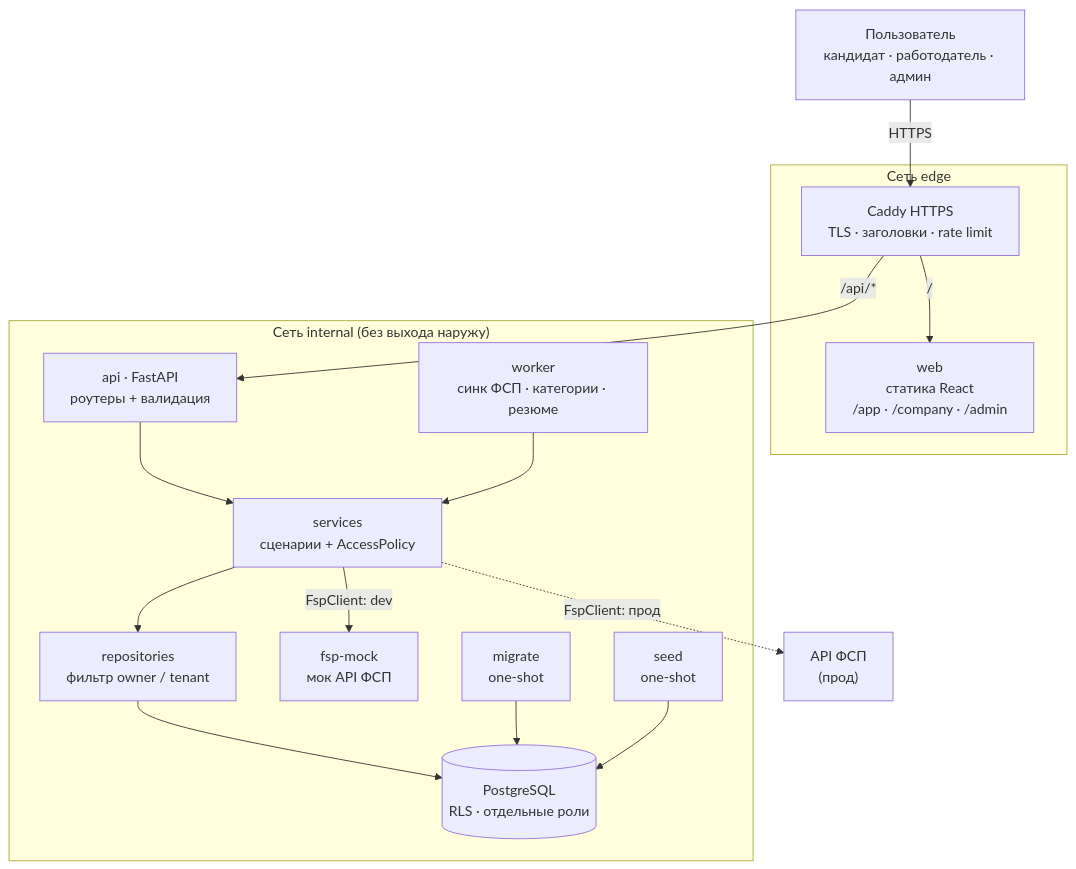
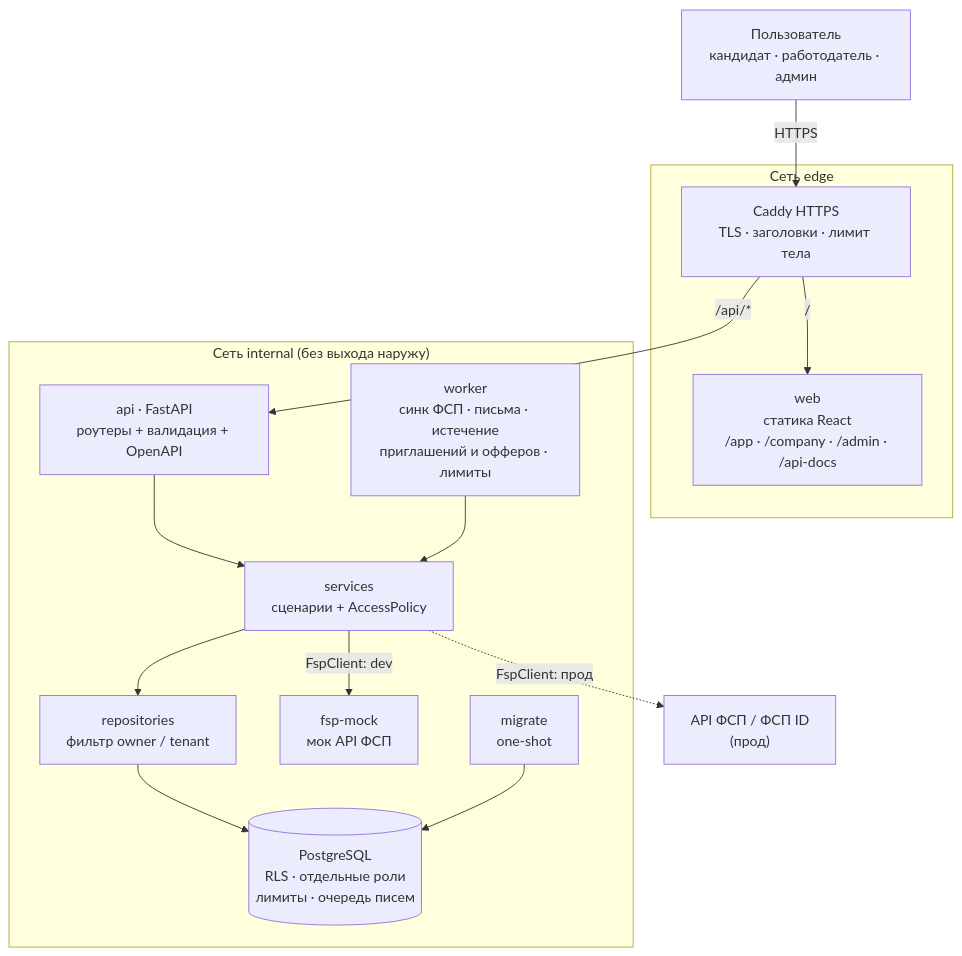
The second of 2 diagrams in docs/architecture.md (LaimOr127/Digital-platform-aggregator-of-IT-vacancies-FSP-), drawn with Mermaid before and after one commit. The commit also changed other lines of this file and 470 other files, not shown here.

````diff
--- a/docs/architecture.md
+++ b/docs/architecture.md
@@ -3,33 +45,31 @@
 ```mermaid
 flowchart TB
   user["Пользователь<br/>кандидат · работодатель · админ"]
-  fspReal["API ФСП<br/>(прод)"]
+  fspReal["API ФСП / ФСП ID<br/>(прод)"]
 
   subgraph edge["Сеть edge"]
-    caddy["Caddy HTTPS<br/>TLS · заголовки · rate limit"]
-    web["web<br/>статика React<br/>/app · /company · /admin"]
+    caddy["Caddy HTTPS<br/>TLS · заголовки · лимит тела"]
+    web["web<br/>статика React<br/>/app · /company · /admin · /api-docs"]
   end
 
   subgraph backend["Сеть internal (без выхода наружу)"]
-    api["api · FastAPI<br/>роутеры + валидация"]
+    api["api · FastAPI<br/>роутеры + валидация + OpenAPI"]
     svc["services<br/>сценарии + AccessPolicy"]
     repo["repositories<br/>фильтр owner / tenant"]
-    worker["worker<br/>синк ФСП · категории · резюме"]
+    worker["worker<br/>синк ФСП · письма · истечение<br/>приглашений и офферов · лимиты"]
     mock["fsp-mock<br/>мок API ФСП"]
     migrate["migrate<br/>one-shot"]
-    seed["seed<br/>one-shot"]
-    db[("PostgreSQL<br/>RLS · отдельные роли")]
+    db[("PostgreSQL<br/>RLS · отдельные роли<br/>лимиты · очередь писем")]
   end
 
   user -->|HTTPS| caddy
   caddy -->|"/"| web
   caddy -->|"/api/*"| api
   api --> svc
   svc --> repo
   repo --> db
   worker --> svc
   svc -->|FspClient: dev| mock
   svc -.->|FspClient: прод| fspReal
   migrate --> db
-  seed --> db
 ```
````
